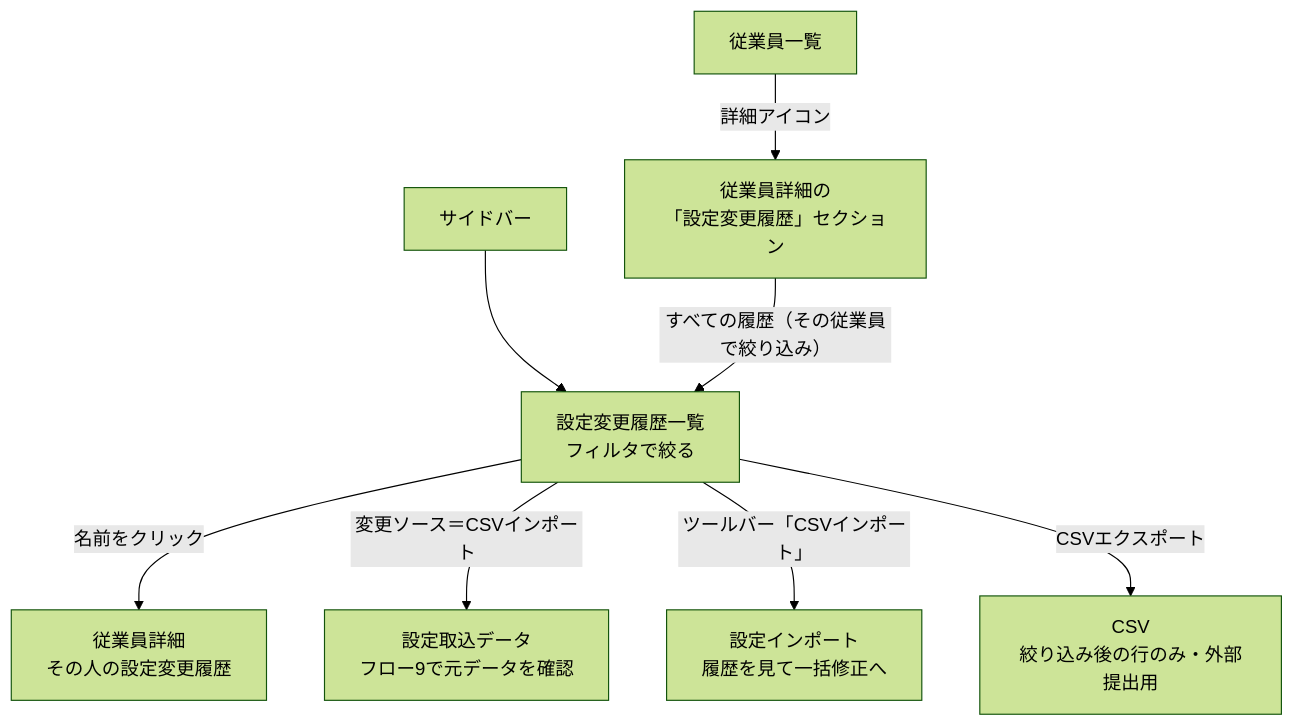
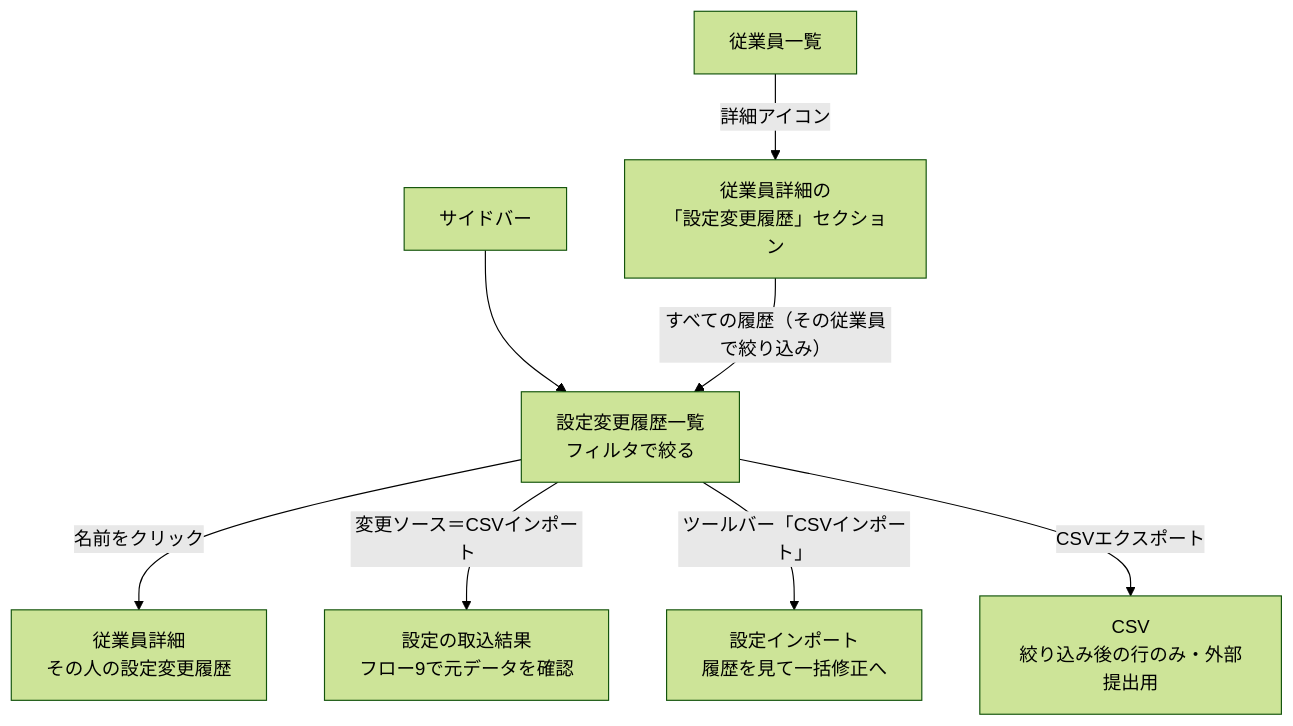
One commit to suguru789987/rakmy-employee-mgmt-spec changed the fifth of 15 diagrams in 20260803_01_従業員管理_仕様書_PdM版.md. Above: the diagram before and after it, drawn with Mermaid (forest theme). The commit also changed other lines of this file and 28 other files, not shown here.

````diff
--- a/20260803_01_従業員管理_仕様書_PdM版.md
+++ b/20260803_01_従業員管理_仕様書_PdM版.md
@@ -242,11 +242,11 @@
 ```mermaid
 flowchart TB
   SB["サイドバー"] --> EH["設定変更履歴一覧<br/>フィルタで絞る"]
   EH -->|"名前をクリック"| ED["従業員詳細<br/>その人の設定変更履歴"]
-  EH -->|"変更ソース＝CSVインポート"| SD["設定取込データ<br/>フロー9で元データを確認"]
+  EH -->|"変更ソース＝CSVインポート"| SD["設定の取込結果<br/>フロー9で元データを確認"]
   EH -->|"ツールバー「CSVインポート」"| IMP["設定インポート<br/>履歴を見て一括修正へ"]
   EH -->|"CSVエクスポート"| CSV["CSV<br/>絞り込み後の行のみ・外部提出用"]
 
   EL["従業員一覧"] -->|"詳細アイコン"| ED2["従業員詳細の<br/>「設定変更履歴」セクション"]
   ED2 -->|"すべての履歴（その従業員で絞り込み）"| EH
 ```
````
